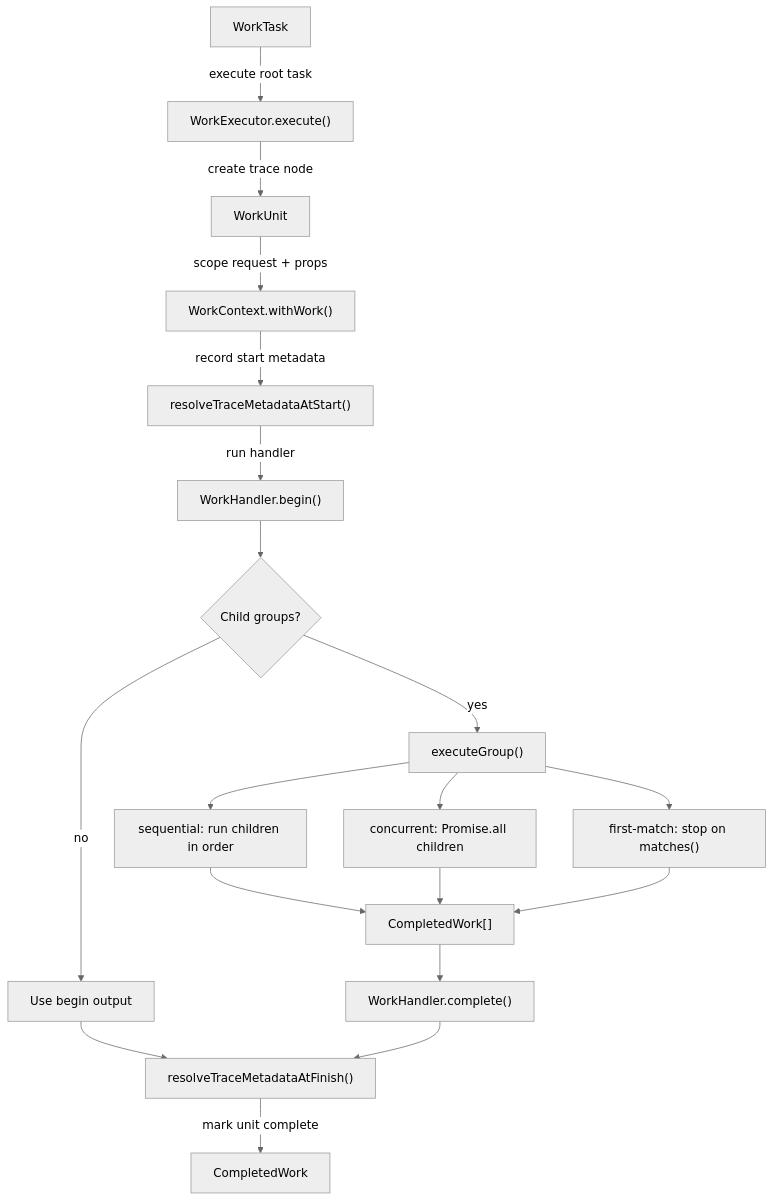
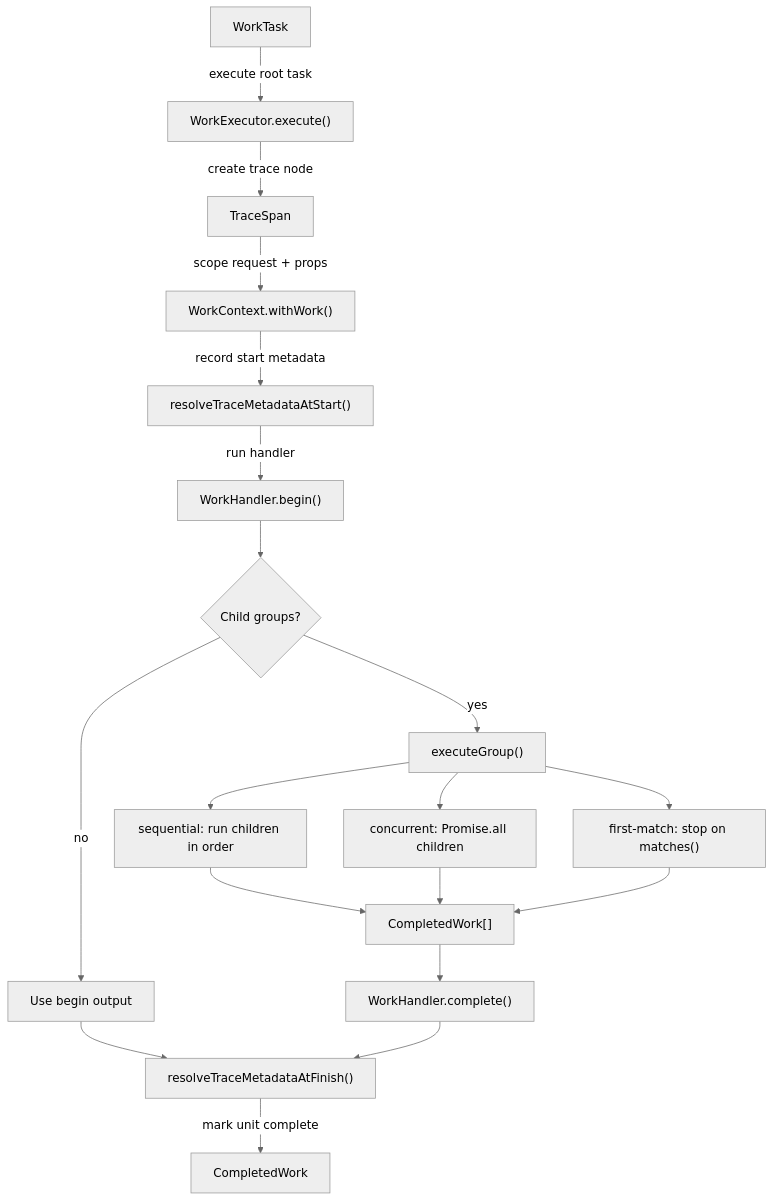
One commit to ministryofjustice/hmpps-forge changed the diagram in packages/forge-core/src/engine/runtime/evaluation/work/README.md. Above: the diagram before and after it, drawn with Mermaid (neutral theme). The commit also changed other lines of this file and 60 other files, not shown here.

````diff
--- a/packages/forge-core/src/engine/runtime/evaluation/work/README.md
+++ b/packages/forge-core/src/engine/runtime/evaluation/work/README.md
@@ -136,21 +136,21 @@
 ```mermaid
 flowchart TD
   task["WorkTask"] -->|execute root task| executor["WorkExecutor.execute()"]
-  executor -->|create trace node| workUnit["WorkUnit"]
-  workUnit -->|scope request + props| workContext["WorkContext.withWork()"]
+  executor -->|create trace node| traceSpan["TraceSpan"]
+  traceSpan -->|scope request + props| workContext["WorkContext.withWork()"]
   workContext -->|record start metadata| startTrace["resolveTraceMetadataAtStart()"]
   startTrace -->|run handler| begin["WorkHandler.begin()"]
   begin --> hasGroups{"Child groups?"}
   hasGroups -->|no| beginOutput["Use begin output"]
   hasGroups -->|yes| executeGroups["executeGroup()"]
   executeGroups --> sequential["sequential: run children in order"]
   executeGroups --> concurrent["concurrent: Promise.all children"]
   executeGroups --> firstMatch["first-match: stop on matches()"]
   sequential --> completedChildren["CompletedWork[]"]
   concurrent --> completedChildren
   firstMatch --> completedChildren
   completedChildren --> complete["WorkHandler.complete()"]
   beginOutput --> finishTrace["resolveTraceMetadataAtFinish()"]
   complete --> finishTrace
   finishTrace -->|mark unit complete| completedWork["CompletedWork"]
 ```
````
